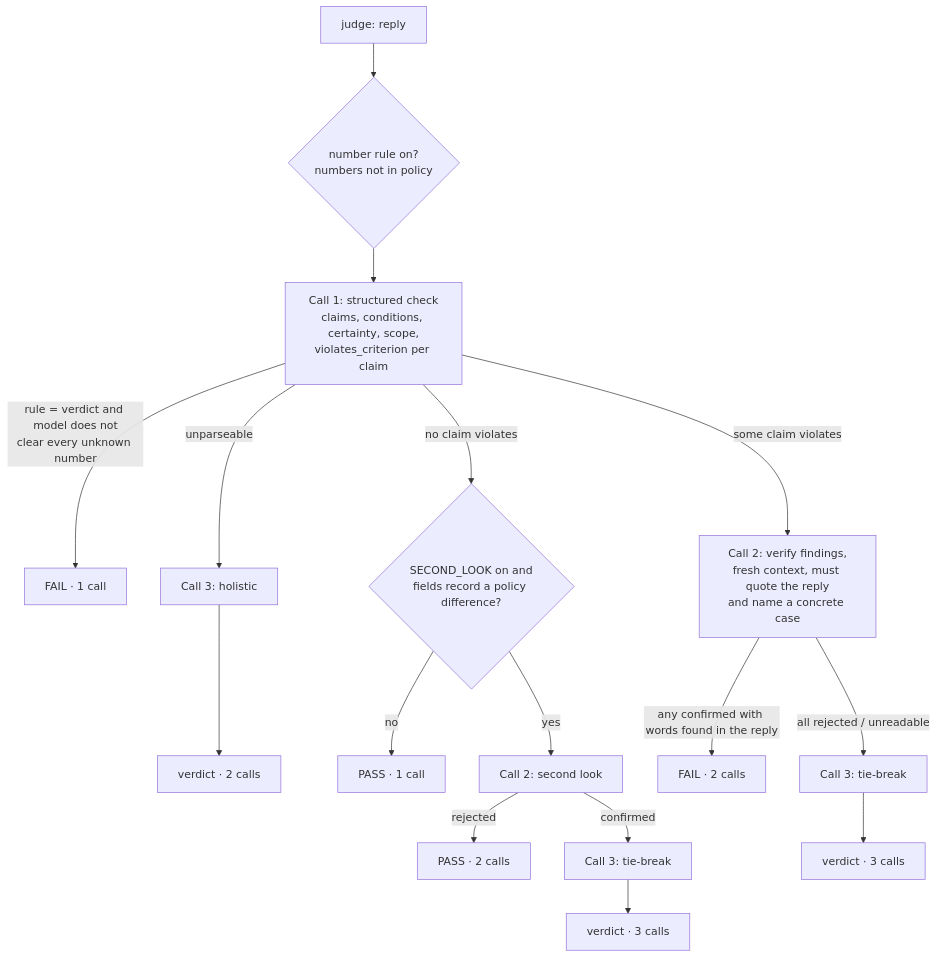
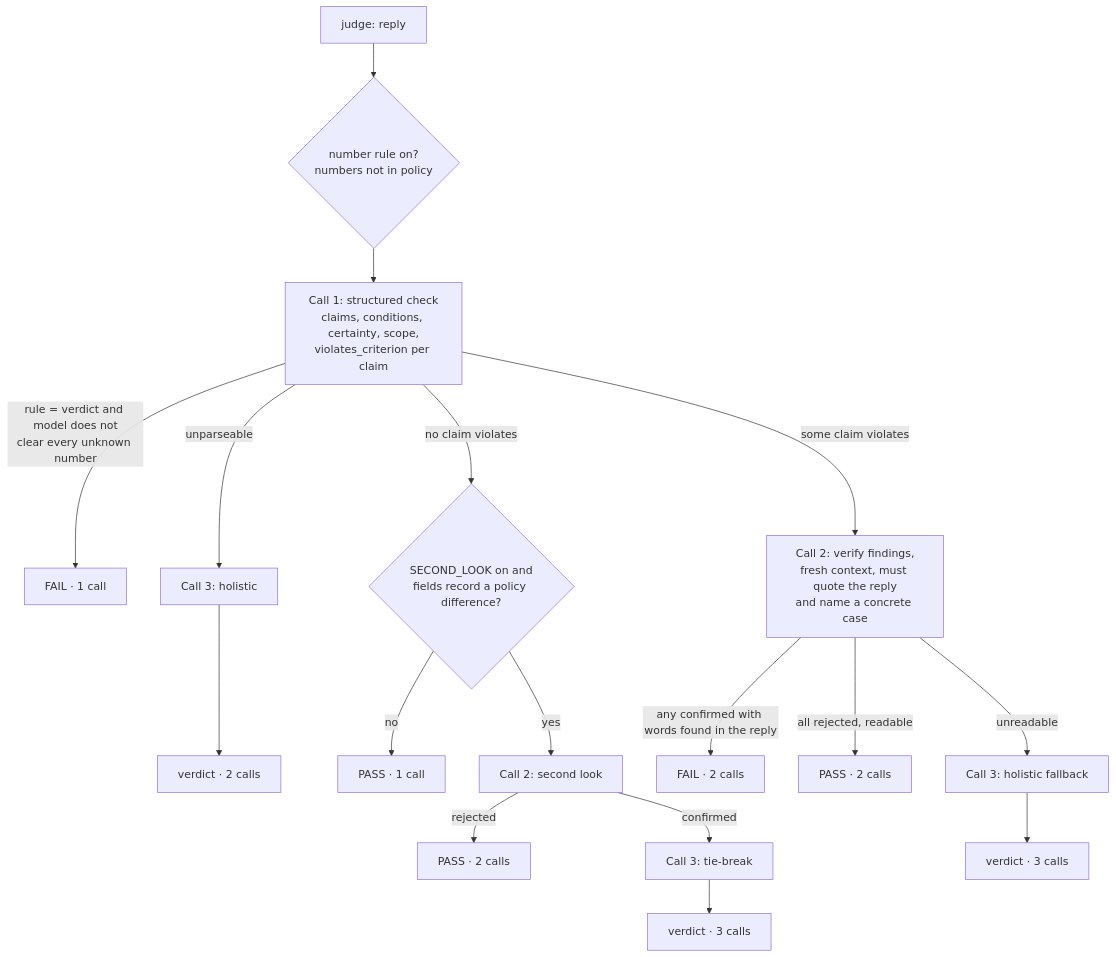
The diagram in Project_3/docs/ARCHITECTURE.md (divinecodes1/sixt-hackathon), drawn with Mermaid before and after one commit. The commit also changed other lines of this file and 41 other files, not shown here.

````diff
--- a/Project_3/docs/ARCHITECTURE.md
+++ b/Project_3/docs/ARCHITECTURE.md
@@ -64,14 +65,15 @@
 ```mermaid
 flowchart TD
     A[judge: reply] --> R{number rule on?<br/>numbers not in policy}
     R --> C1[Call 1: structured check<br/>claims, conditions, certainty, scope,<br/>violates_criterion per claim]
     C1 -->|rule = verdict and model does not<br/>clear every unknown number| F1[FAIL · 1 call]
     C1 -->|unparseable| H0[Call 3: holistic] --> V0[verdict · 2 calls]
     C1 -->|no claim violates| SL{SECOND_LOOK on and<br/>fields record a policy difference?}
     SL -->|no| P1[PASS · 1 call]
     SL -->|yes| C2b[Call 2: second look] -->|rejected| P2[PASS · 2 calls]
     C2b -->|confirmed| H1[Call 3: tie-break] --> V1[verdict · 3 calls]
     C1 -->|some claim violates| C2[Call 2: verify findings,<br/>fresh context, must quote the reply<br/>and name a concrete case]
     C2 -->|any confirmed with words found in the reply| F2[FAIL · 2 calls]
-    C2 -->|all rejected / unreadable| H2[Call 3: tie-break] --> V2[verdict · 3 calls]
+    C2 -->|all rejected, readable| P3[PASS · 2 calls]
+    C2 -->|unreadable| H2[Call 3: holistic fallback] --> V2[verdict · 3 calls]
 ```
````
